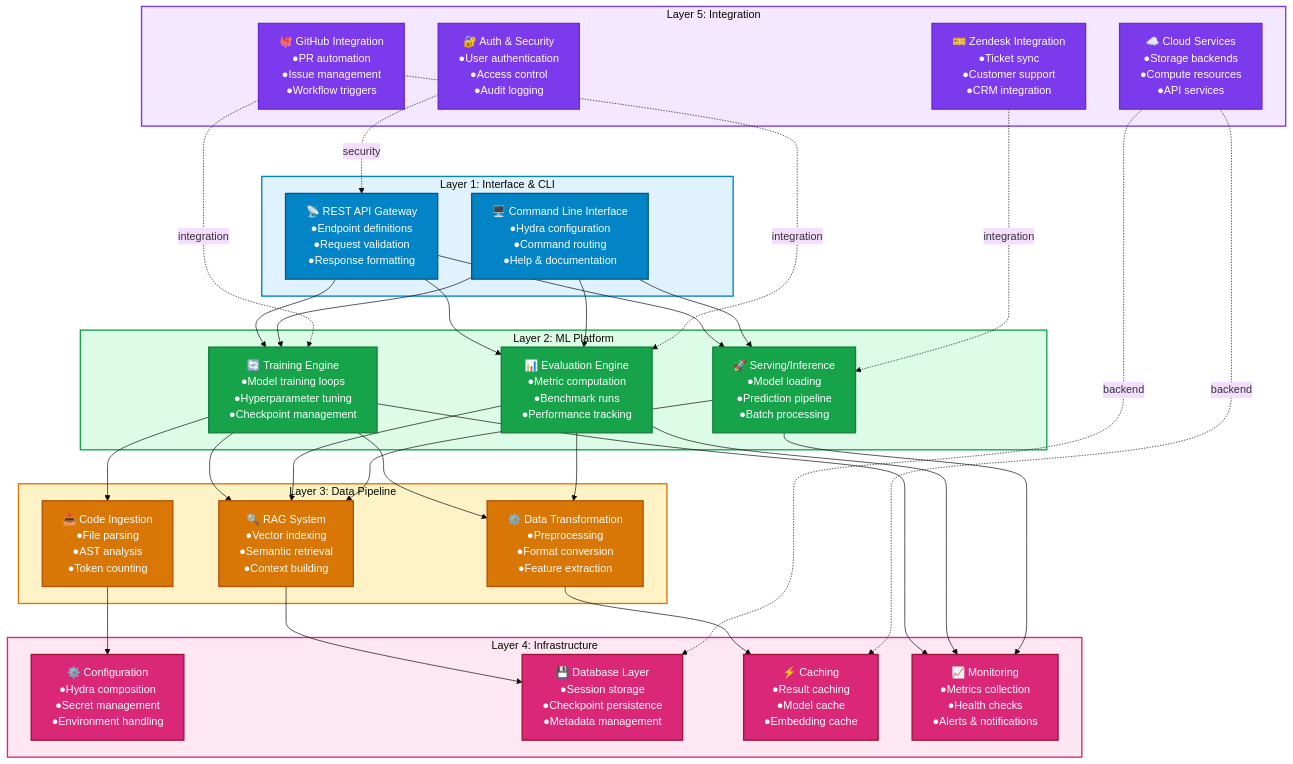
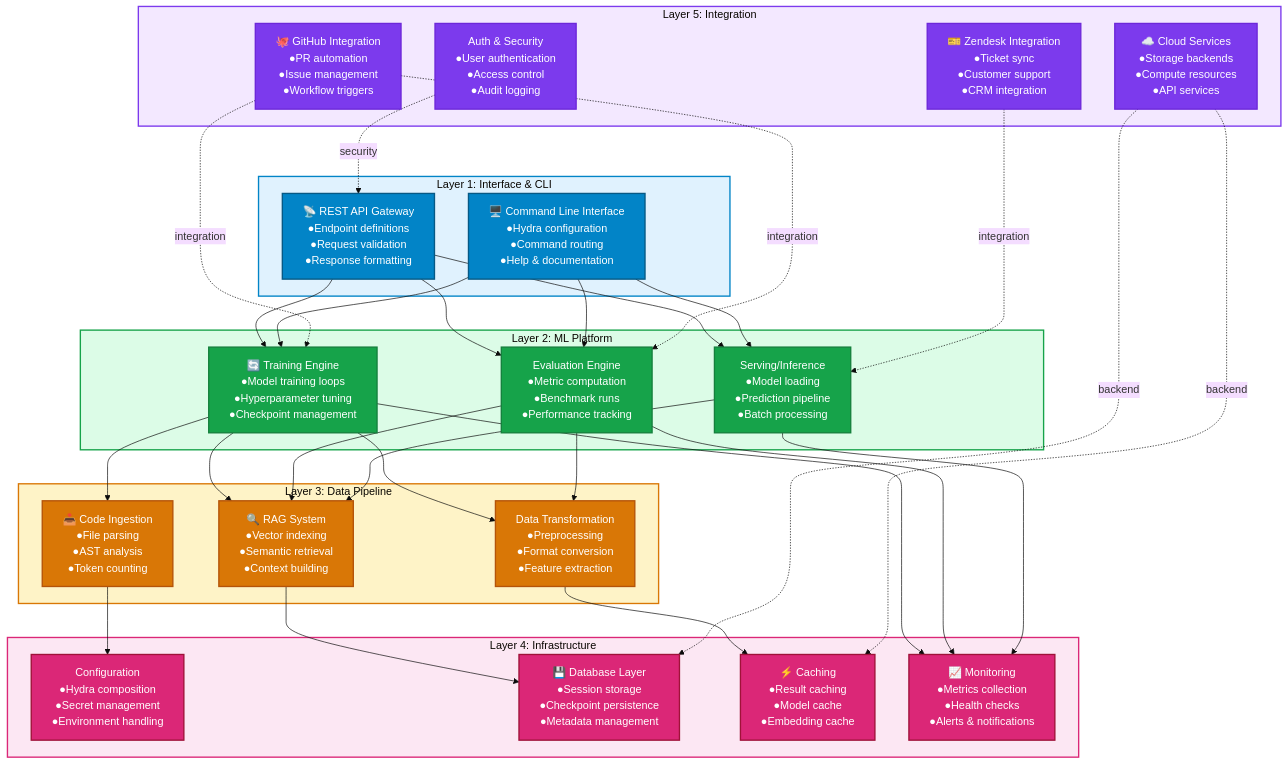
One commit to Aries-Serpent/_codex_ changed the first of 2 diagrams in docs/architecture/5_LAYER_ARCHITECTURE.md. Above: the diagram before and after it, drawn with Mermaid. The commit also changed other lines of this file and 2029 other files, not shown here.

```diff
--- a/docs/architecture/5_LAYER_ARCHITECTURE.md
+++ b/docs/architecture/5_LAYER_ARCHITECTURE.md
@@ -21,18 +23,18 @@
 
     subgraph L2["Layer 2: ML Platform"]
         TRAIN["🔄 Training Engine<br/>●Model training loops<br/>●Hyperparameter tuning<br/>●Checkpoint management"]
-        EVAL["📊 Evaluation Engine<br/>●Metric computation<br/>●Benchmark runs<br/>●Performance tracking"]
-        SERVE["🚀 Serving/Inference<br/>●Model loading<br/>●Prediction pipeline<br/>●Batch processing"]
+        EVAL[" Evaluation Engine<br/>●Metric computation<br/>●Benchmark runs<br/>●Performance tracking"]
+        SERVE[" Serving/Inference<br/>●Model loading<br/>●Prediction pipeline<br/>●Batch processing"]
     end
 
     subgraph L3["Layer 3: Data Pipeline"]
         INGEST["📥 Code Ingestion<br/>●File parsing<br/>●AST analysis<br/>●Token counting"]
         RAG["🔍 RAG System<br/>●Vector indexing<br/>●Semantic retrieval<br/>●Context building"]
-        TRANSFORM["⚙️ Data Transformation<br/>●Preprocessing<br/>●Format conversion<br/>●Feature extraction"]
+        TRANSFORM[" Data Transformation<br/>●Preprocessing<br/>●Format conversion<br/>●Feature extraction"]
     end
 
     subgraph L4["Layer 4: Infrastructure"]
-        CONFIG["⚙️ Configuration<br/>●Hydra composition<br/>●Secret management<br/>●Environment handling"]
+        CONFIG[" Configuration<br/>●Hydra composition<br/>●Secret management<br/>●Environment handling"]
         DB["💾 Database Layer<br/>●Session storage<br/>●Checkpoint persistence<br/>●Metadata management"]
         CACHE["⚡ Caching<br/>●Result caching<br/>●Model cache<br/>●Embedding cache"]
         MONITOR["📈 Monitoring<br/>●Metrics collection<br/>●Health checks<br/>●Alerts & notifications"]
@@ -42,7 +44,7 @@
         GH["🐙 GitHub Integration<br/>●PR automation<br/>●Issue management<br/>●Workflow triggers"]
         ZENDESK["🎫 Zendesk Integration<br/>●Ticket sync<br/>●Customer support<br/>●CRM integration"]
         CLOUD["☁️ Cloud Services<br/>●Storage backends<br/>●Compute resources<br/>●API services"]
-        AUTH["🔐 Auth & Security<br/>●User authentication<br/>●Access control<br/>●Audit logging"]
+        AUTH[" Auth & Security<br/>●User authentication<br/>●Access control<br/>●Audit logging"]
     end
 
     %% Dependencies flow upward
```
